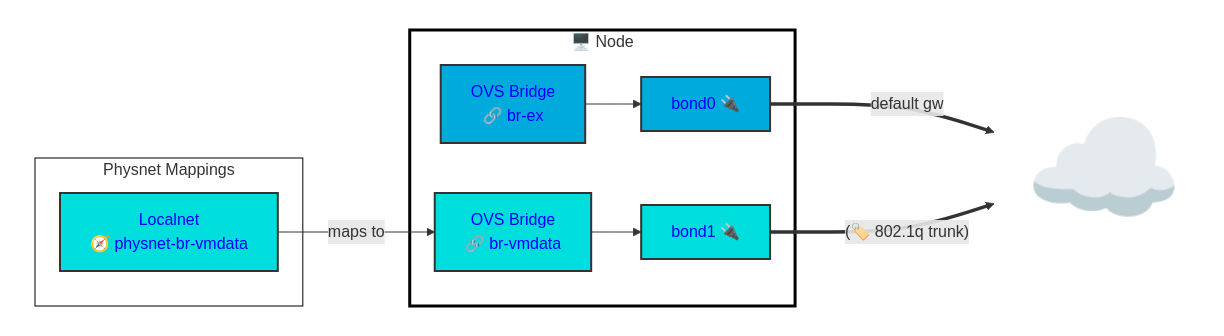
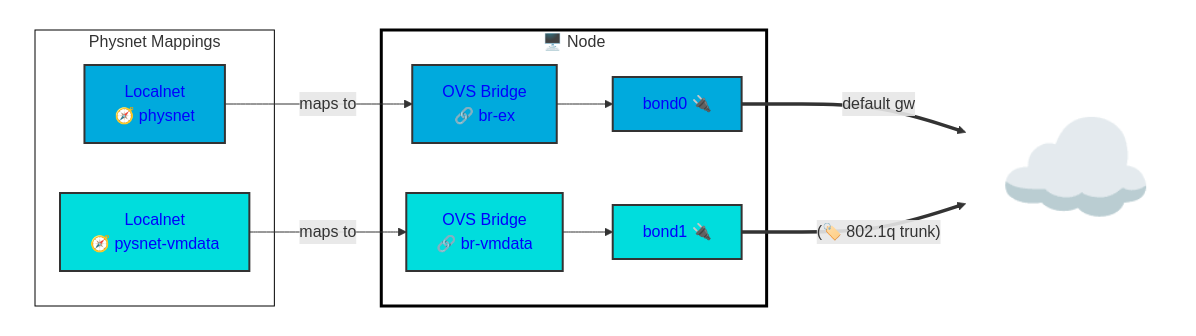
Before and after one commit to dlbewley/demo-autofs: the second of 4 diagrams in networking/readme.md, drawn with Mermaid. The commit also changed other lines of this file and 10 other files, not shown here.

Commit message:
Update physical network references from 'physnet-br-vmdata' to 'physnet-vmdata' across localnet components and documentation. Add test mappings for localnet-1926-dhcp.

````diff
--- a/networking/readme.md
+++ b/networking/readme.md
@@ -86,48 +88,50 @@
 ```mermaid
 graph LR;
     subgraph Cluster[" "]
 
       subgraph Localnets["Physnet Mappings"]
-        physnet-vmdata[Localnet<br> 🧭 physnet-br-vmdata]
+        physnet-ex[Localnet<br> 🧭 physnet]
+        physnet-vmdata[Localnet<br> 🧭 pysnet-vmdata]
       end
 
       subgraph node1["🖥️ Node "]
         br-ex[ OVS Bridge<br> 🔗 br-ex]
         br-vmdata[ OVS Bridge<br> 🔗 br-vmdata]
         node1-bond0[bond0 🔌]
         node1-bond1[bond1 🔌]
       end
     end
 
+    physnet-ex -- maps to --> br-ex
     physnet-vmdata -- maps to --> br-vmdata
     br-ex --> node1-bond0
     br-vmdata --> node1-bond1
 
     Internet["☁️ "]:::Internet
     node1-bond0 ==default gw==> Internet
     node1-bond1 ==(🏷️ 802.1q trunk)==> Internet
 
     classDef node-eth fill:#00dddd,color:#00f,stroke:#333,stroke-width:2px
 
     classDef vlan-default fill:#00aadd,color:#00f,stroke:#333,stroke-width:2px
-    class br-ex,node1-bond0 vlan-default
+    class br-ex,physnet-ex,node1-bond0 vlan-default
 
     classDef vlan-1924 fill:#00dddd,color:#00f,stroke:#333,stroke-width:2px
     class br-vmdata,physnet-vmdata vlan-1924
 
     classDef labels stroke-width:1px,color:#fff,fill:#005577
     classDef networks fill:#cdd,stroke-width:0px
 
     style Localnets fill:#fff,stroke:#000,stroke-width:1px
     style Cluster color:#000,fill:#fff,stroke:#333,stroke-width:0px
     style Internet fill:none,stroke-width:0px,font-size:+2em
 
     classDef nodes fill:#fff,stroke:#000,stroke-width:3px
     class node1,node2,node3 nodes
 
     classDef node-eth fill:#00dddd,color:#00f,stroke:#333,stroke-width:2px
     class node1-bond1 node-eth
 
     classDef nad-1924 fill:#00ffff,color:#00f,stroke:#333,stroke-width:1px
     class nad-1924-client,nad-1924-ldap,nad-1924-nfs nad-1924
 ```
````
